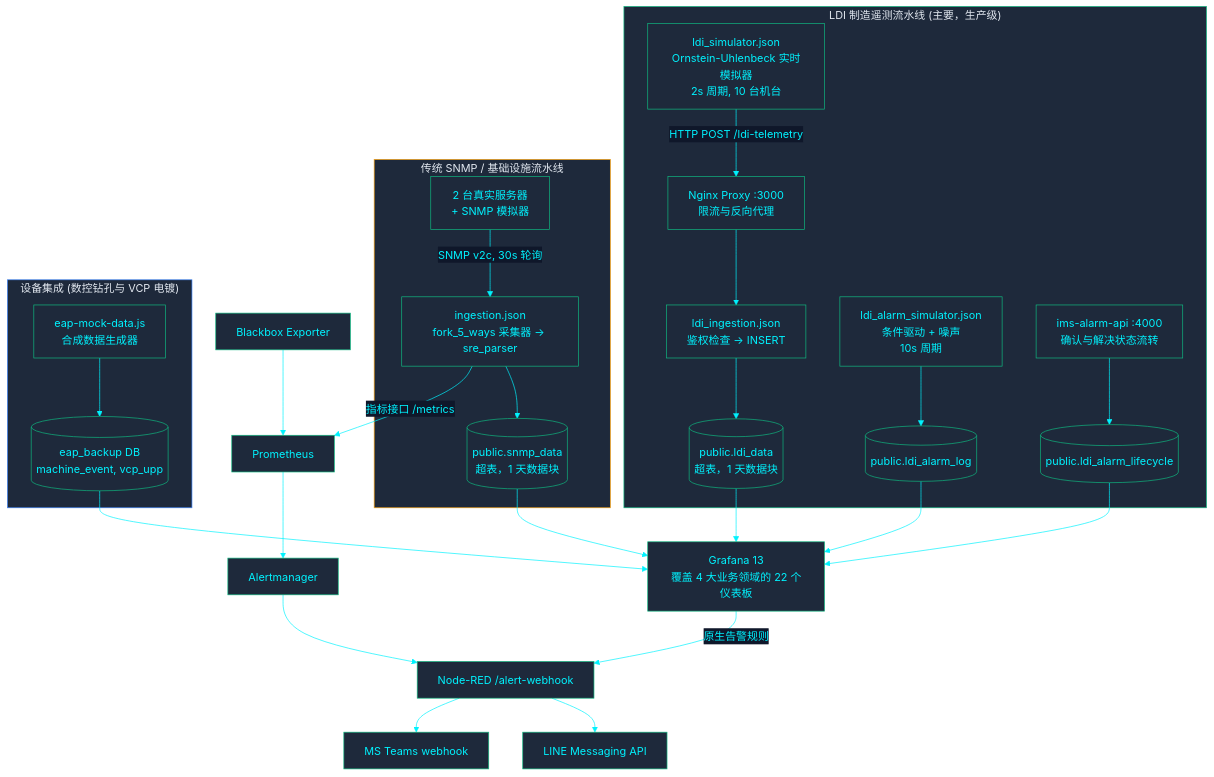
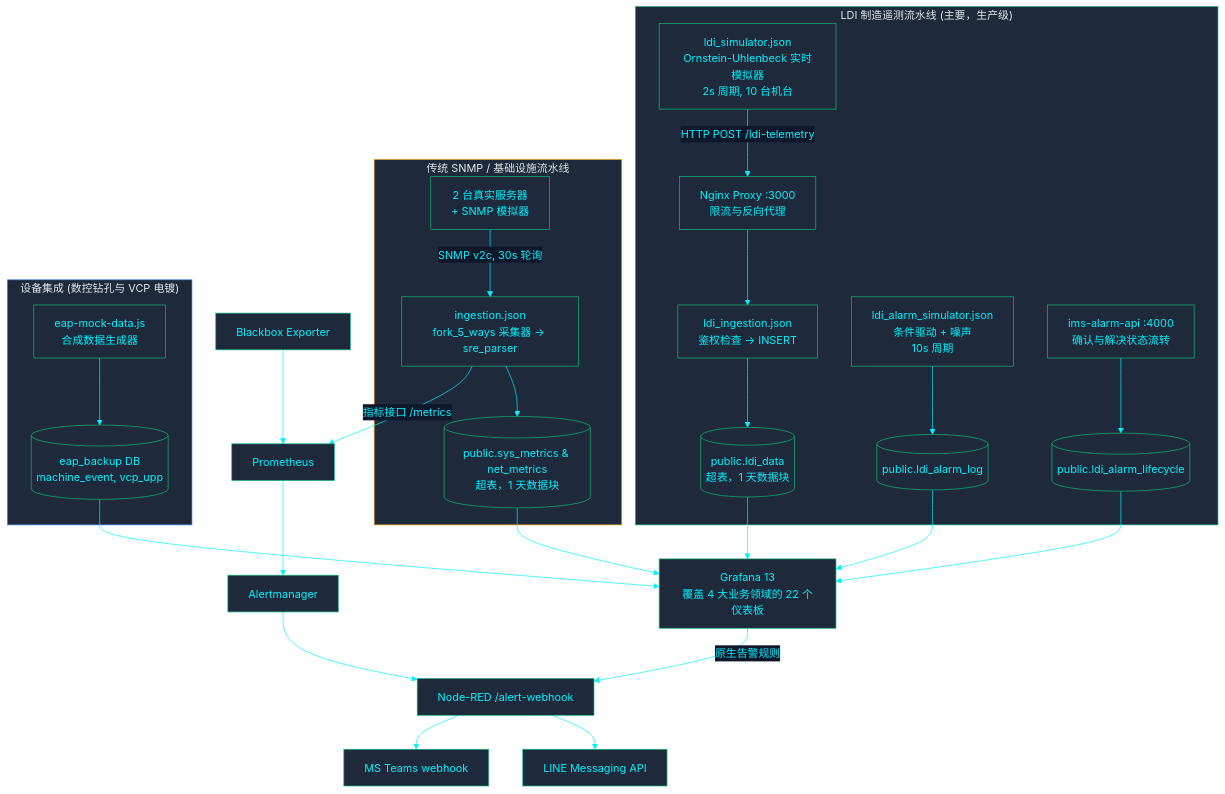
Before and after one commit to PATTANAKORN025/IMS: the diagram in zh-CN/docs/architecture/ARCHITECTURE.md, drawn with Mermaid. The commit also changed 19 other files, not shown here.

First line of the commit message:
docs(architecture): eliminate phantom snmp_data and align diagrams with true schema

````diff
--- a/zh-CN/docs/architecture/ARCHITECTURE.md
+++ b/zh-CN/docs/architecture/ARCHITECTURE.md
@@ -28,36 +28,36 @@
 ```mermaid
 %%{init: {'theme': 'base', 'themeVariables': { 'primaryColor': '#1e293b', 'primaryTextColor': '#00F2FE', 'primaryBorderColor': '#10B981', 'lineColor': '#00F2FE', 'secondaryColor': '#0f172a', 'tertiaryColor': '#0f172a', 'clusterBkg': '#030407', 'clusterBorder': '#00F2FE'}}}%%
 flowchart TB
  subgraph LDI ["LDI 制造遥测流水线 (主要，生产级)"]
   SIM["ldi_simulator.json\nOrnstein-Uhlenbeck 实时模拟器\n2s 周期, 10 台机台"] -->|"HTTP POST /ldi-telemetry"| PROXY["Nginx Proxy :3000\n限流与反向代理"]
   PROXY --> ING["ldi_ingestion.json\n鉴权检查 -> INSERT"]
   ING --> LDIDATA[("public.ldi_data\n超表，1 天数据块")]
   ALMSIM["ldi_alarm_simulator.json\n条件驱动 + 噪声\n10s 周期"] --> ALARMLOG[("public.ldi_alarm_log")]
   ALARMAPI["ims-alarm-api :4000\n确认与解决状态流转"] --> ALARMLC[("public.ldi_alarm_lifecycle")]
  end
 
  subgraph LEGACY ["传统 SNMP / 基础设施流水线"]
   DEV["2 台真实服务器\n+ SNMP 模拟器"] -->|"SNMP v2c, 30s 轮询"| NR["ingestion.json\nfork_5_ways 采集器 -> sre_parser"]
-  NR --> SNMPDATA[("public.snmp_data\n超表，1 天数据块")]
+  NR --> SNMPDATA[("public.sys_metrics & net_metrics\n超表，1 天数据块")]
  end
 
  subgraph EAP ["设备集成 (数控钻孔与 VCP 电镀)"]
   MOCK["eap-mock-data.js\n合成数据生成器"] --> EAPDB[("eap_backup DB\nmachine_event, vcp_upp")]
  end
 
  LDIDATA --> GRAFANA["Grafana 13\n覆盖 4 大业务领域的 22 个仪表板"]
  ALARMLOG --> GRAFANA
  ALARMLC --> GRAFANA
  SNMPDATA --> GRAFANA
  EAPDB --> GRAFANA
  NR -->|"指标接口 /metrics"| PROM["Prometheus"]
  BBOX["Blackbox Exporter"] --> PROM
  GRAFANA -->|"原生告警规则"| NRWEBHOOK["Node-RED /alert-webhook"]
  PROM --> AM["Alertmanager"] --> NRWEBHOOK
  NRWEBHOOK --> LINE["LINE Messaging API"]
  NRWEBHOOK --> TEAMS["MS Teams webhook"]
 
  style LDI fill:#1e293b,stroke:#10B981,color:#e2e8f0
  style LEGACY fill:#1e293b,stroke:#F59E0B,color:#e2e8f0
  style EAP fill:#1e293b,stroke:#3B82F6,color:#e2e8f0
 ```
````
